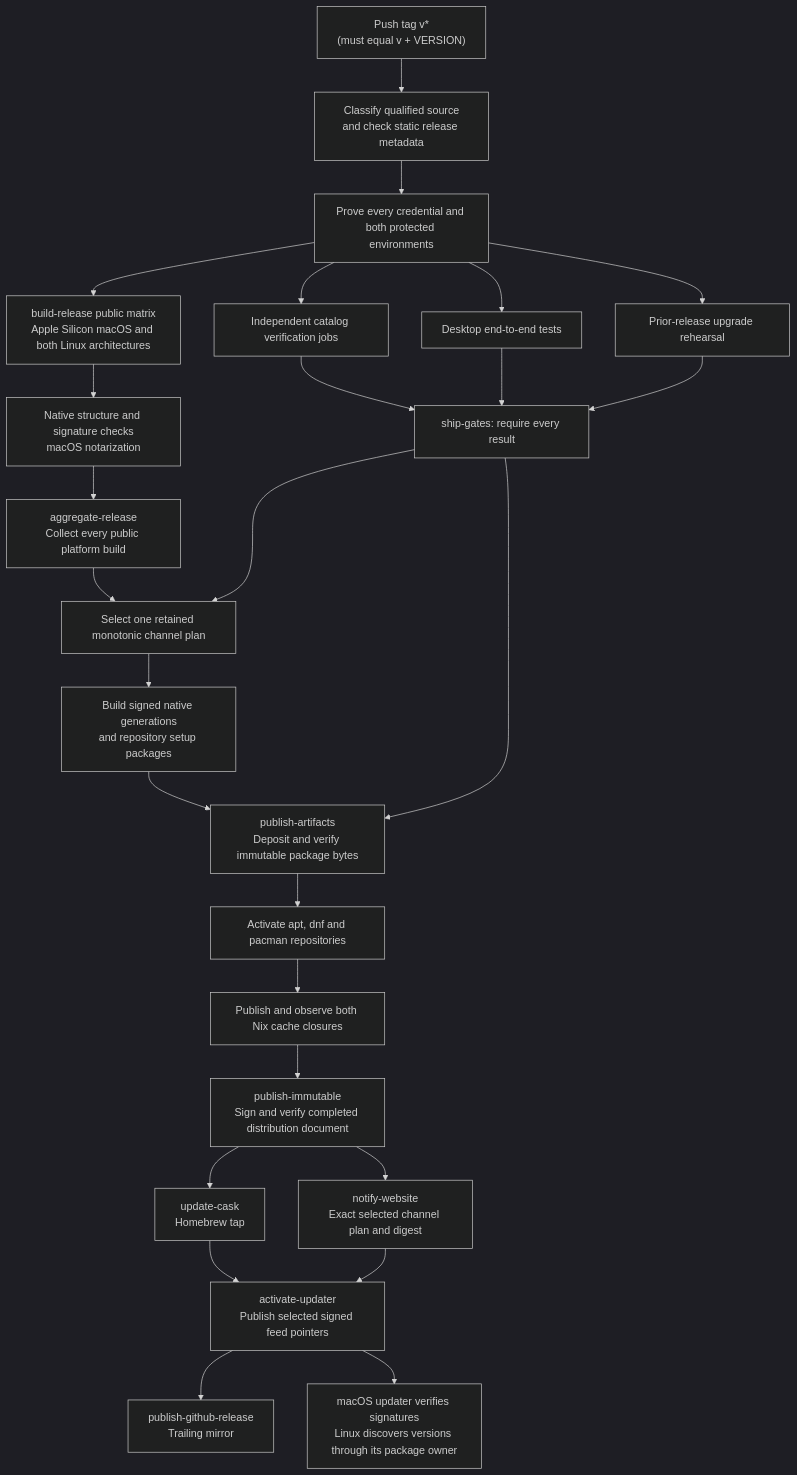
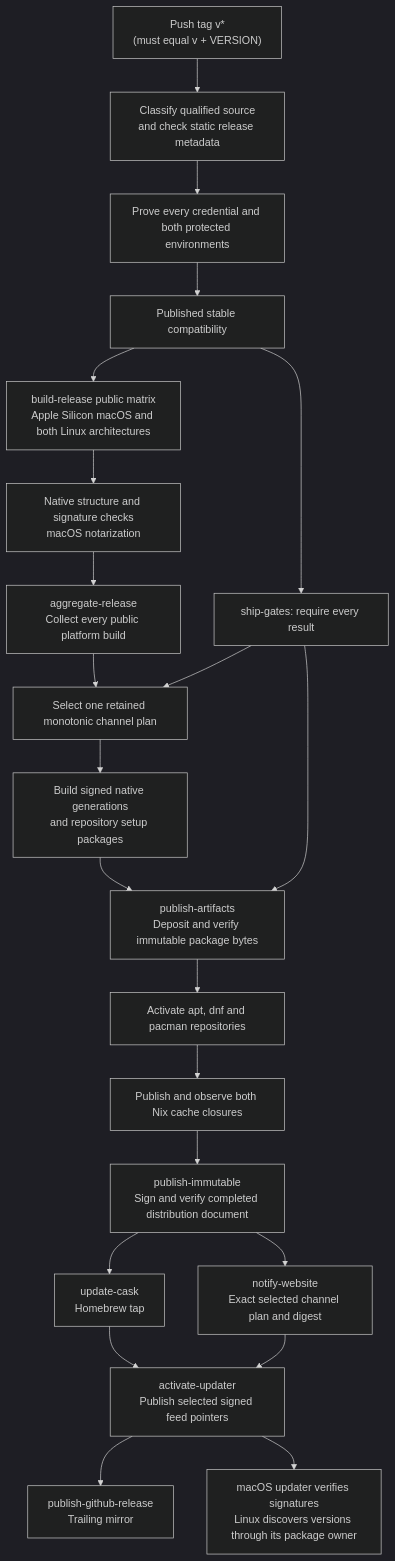
The diagram in docs/dev-tasks.md (paintedwolf-ai/paintedwolf-code), drawn with Mermaid (dark theme) before and after one commit. The commit also changed other lines of this file and 23 other files, not shown here.

````diff
--- a/docs/dev-tasks.md
+++ b/docs/dev-tasks.md
@@ -1134,28 +1134,24 @@
 ```mermaid
 flowchart TD
     tag["Push tag v*<br/>(must equal v + VERSION)"] --> classify["Classify qualified source<br/>and check static release metadata"]
     classify --> probe["Prove every credential and both protected environments"]
-    probe --> checks["Independent catalog verification jobs"]
-    probe --> desktop["Desktop end-to-end tests"]
-    probe --> upgrade["Prior-release upgrade rehearsal"]
-    checks --> gates["ship-gates: require every result"]
-    desktop --> gates
-    upgrade --> gates
-    probe --> build["build-release public matrix<br/>Apple Silicon macOS and both Linux architectures"]
+    probe --> compat["Published stable compatibility"]
+    compat --> gates["ship-gates: require every result"]
+    compat --> build["build-release public matrix<br/>Apple Silicon macOS and both Linux architectures"]
     build --> verify["Native structure and signature checks<br/>macOS notarization"]
     verify --> aggregate["aggregate-release<br/>Collect every public platform build"]
     aggregate --> plan["Select one retained monotonic channel plan"]
     gates --> plan
     plan --> setup["Build signed native generations<br/>and repository setup packages"]
     setup --> deposit["publish-artifacts<br/>Deposit and verify immutable package bytes"]
     gates --> deposit
     deposit --> native["Activate apt, dnf and pacman repositories"]
     native --> nix["Publish and observe both Nix cache closures"]
     nix --> document["publish-immutable<br/>Sign and verify completed distribution document"]
     document --> cask["update-cask<br/>Homebrew tap"]
     document --> website["notify-website<br/>Exact selected channel plan and digest"]
     cask --> updater["activate-updater<br/>Publish selected signed feed pointers"]
     website --> updater
     updater --> mirror["publish-github-release<br/>Trailing mirror"]
     updater --> clients["macOS updater verifies signatures<br/>Linux discovers versions through its package owner"]
 ```
````
